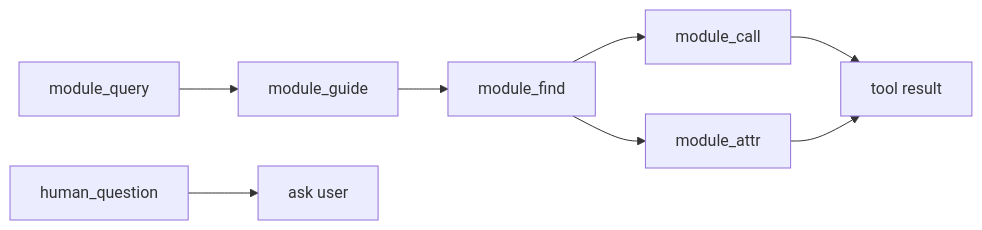
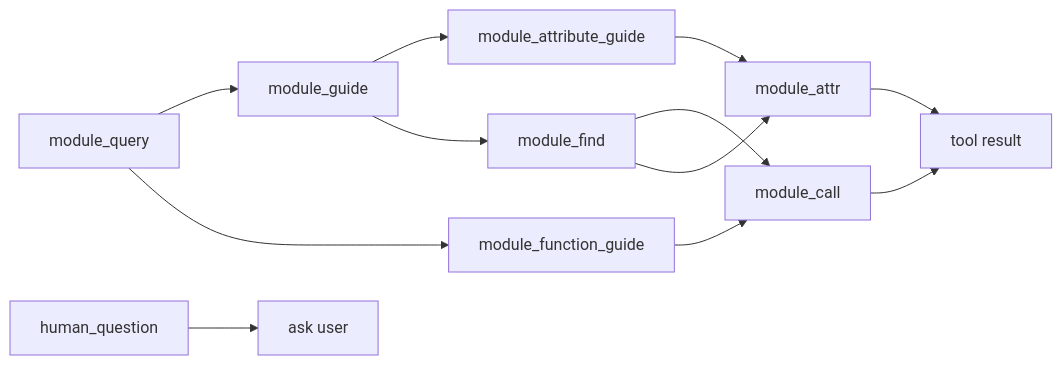
One commit to LMSpark/spark-view-vue changed the second of 5 diagrams in docs/ai/spark-ai-complete-guide.md. Above: the diagram before and after it, drawn with Mermaid. The commit also changed other lines of this file and 21 other files, not shown here.

````diff
--- a/docs/ai/spark-ai-complete-guide.md
+++ b/docs/ai/spark-ai-complete-guide.md
@@ -417,10 +419,14 @@
 ```mermaid
 flowchart LR
   Q["module_query"] --> G["module_guide"]
+  G --> AG["module_attribute_guide"]
+  Q --> FG["module_function_guide"]
   G --> F["module_find"]
+  FG --> C["module_call"]
   F --> C["module_call"]
+  AG --> A["module_attr"]
   F --> A["module_attr"]
   C --> R["tool result"]
   A --> R
   H["human_question"] --> U["ask user"]
 ```
````
